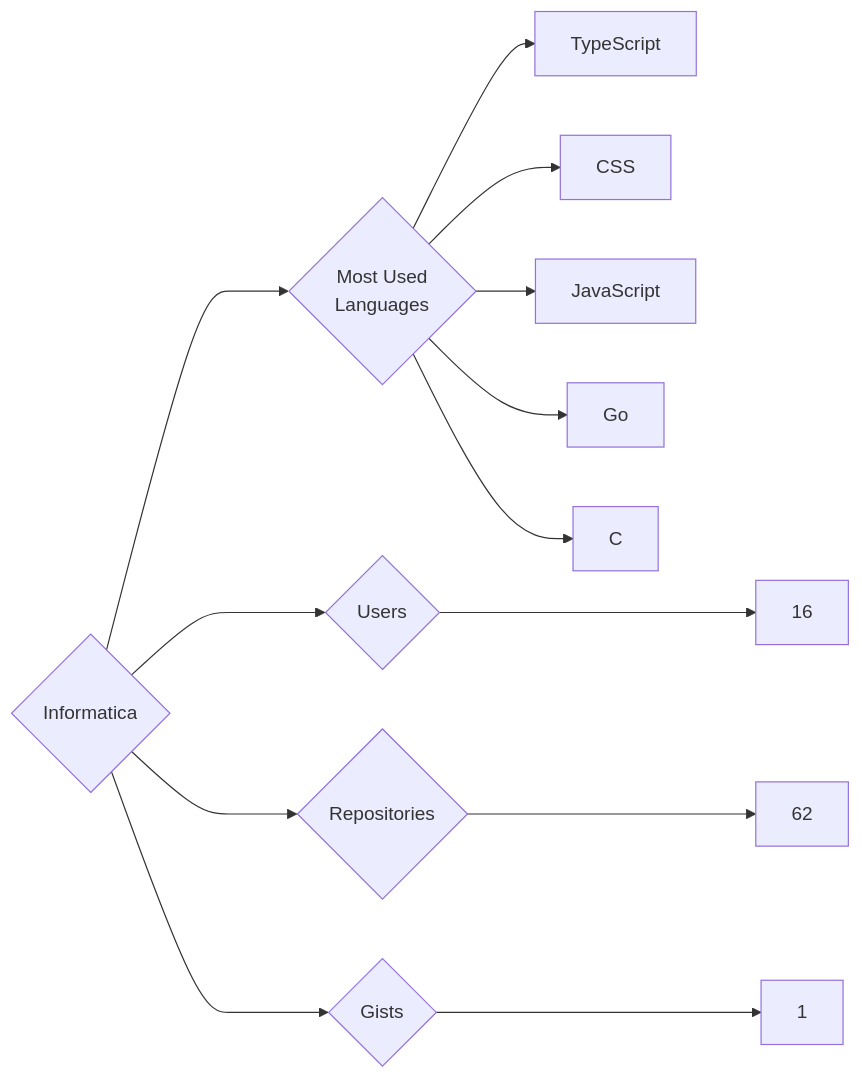
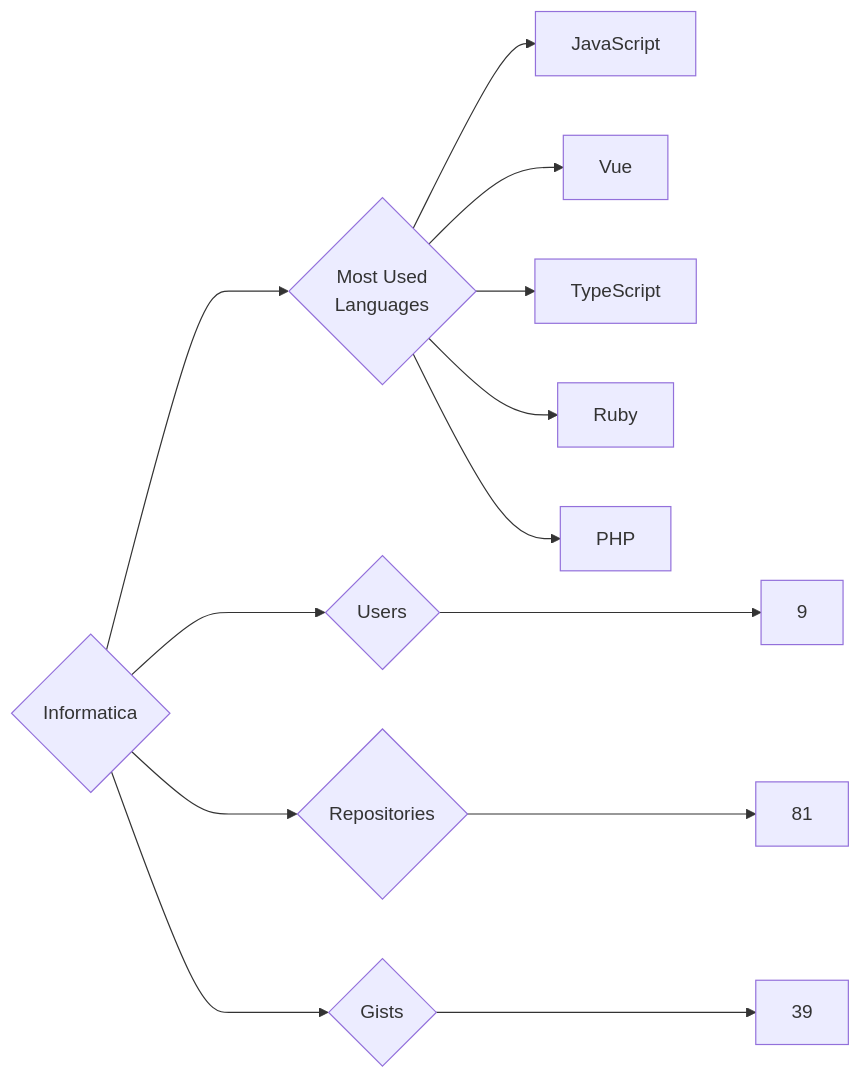
The diagram in targets/Informatica/README.md (trickest/insiders), drawn with Mermaid before and after one commit. The commit also changed 1123 other files, not shown here.

````diff
--- a/targets/Informatica/README.md
+++ b/targets/Informatica/README.md
@@ -3,13 +3,13 @@
 ```mermaid
 graph LR
 COMPANY_NAME{Informatica}
-COMPANY_NAME ---> U{Users} ---> UN[16]
-COMPANY_NAME ---> R{Repositories} ---> RN[62]
-COMPANY_NAME ---> G{Gists} ---> GN[1]
+COMPANY_NAME ---> U{Users} ---> UN[9]
+COMPANY_NAME ---> R{Repositories} ---> RN[81]
+COMPANY_NAME ---> G{Gists} ---> GN[39]
 COMPANY_NAME ---> ML{Most Used<br>Languages}
+ML --> JavaScript[JavaScript]
+ML --> Vue[Vue]
 ML --> TypeScript[TypeScript]
-ML --> CSS[CSS]
-ML --> JavaScript[JavaScript]
-ML --> Go[Go]
-ML --> C[C]
+ML --> Ruby[Ruby]
+ML --> PHP[PHP]
 ```
````
